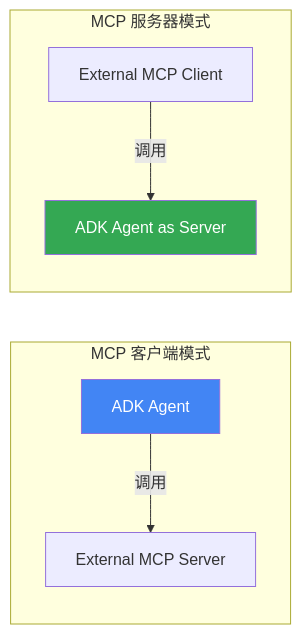
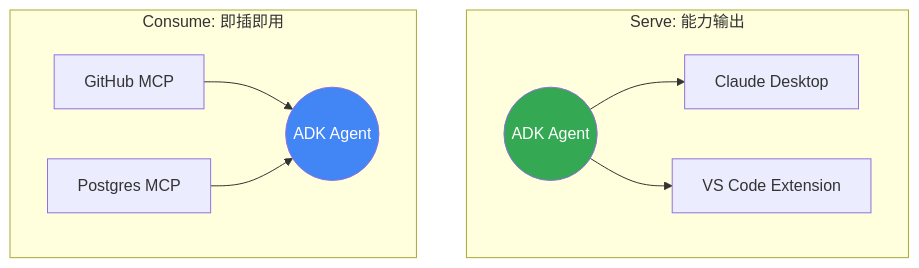
One commit to ThreeFish-AI/agentic-ai-cognizes changed the eighth of 14 diagrams in docs/research/020-agent-frameworks.md. Above: the diagram before and after it, drawn with Mermaid. The commit also changed other lines of this file, not shown here.

First line of the commit message:
docs(Agent Frameworks): 优化章节编号并增强多智能体协作表达

````diff
--- a/docs/research/020-agent-frameworks.md
+++ b/docs/research/020-agent-frameworks.md
@@ -591,13 +615,15 @@
 ```mermaid
-graph LR
-    subgraph "MCP 客户端模式"
-        A1[ADK Agent] -->|调用| S1[External MCP Server]
+graph
+    subgraph "Serve: 能力输出"
+        direction LR
+        A2((ADK Agent)) --> C1[Claude Desktop] & C2[VS Code Extension]
     end
 
-    subgraph "MCP 服务器模式"
-        C1[External MCP Client] -->|调用| A2[ADK Agent as Server]
+    subgraph "Consume: 即插即用"
+        direction LR
+        S1[GitHub MCP] & S2[Postgres MCP] --> A1((ADK Agent))
     end
 
     style A1 fill:#4285f4,color:white
     style A2 fill:#34a853,color:white
 ```
````
